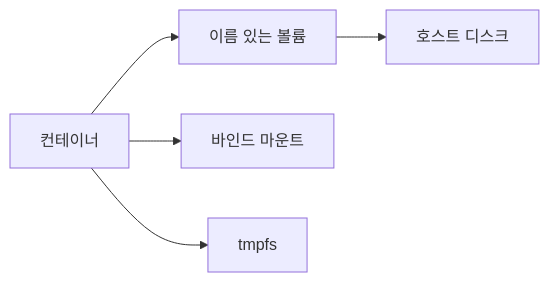
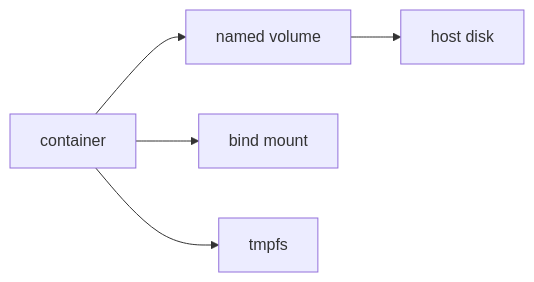
Before and after one commit to yeongseon-books/book-content: the diagram in content/containers-101/ko/05-volume.md, drawn with Mermaid. The commit also changed other lines of this file and 9 other files, not shown here.

````diff
--- a/content/containers-101/ko/05-volume.md
+++ b/content/containers-101/ko/05-volume.md
@@ -47,7 +45,7 @@
 ```mermaid
 flowchart LR
-    Container["컨테이너"] --> Volume["이름 있는 볼륨"]
-    Container --> Bind["바인드 마운트"]
+    Container["container"] --> Volume["named volume"]
+    Container --> Bind["bind mount"]
     Container --> Tmpfs["tmpfs"]
-    Volume --> Disk["호스트 디스크"]
+    Volume --> Disk["host disk"]
 ```
````
